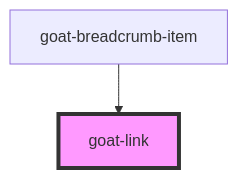
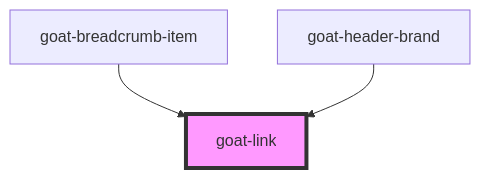
Before and after one commit to goatui/components: the diagram in src/components/navigation/link/readme.md, drawn with Mermaid. The commit also changed other lines of this file and 8 other files, not shown here.

````diff
--- a/src/components/navigation/link/readme.md
+++ b/src/components/navigation/link/readme.md
@@ -36,5 +37,6 @@
 ```mermaid
 graph TD;
   goat-breadcrumb-item --> goat-link
+  goat-header-brand --> goat-link
   style goat-link fill:#f9f,stroke:#333,stroke-width:4px
 ```
````
